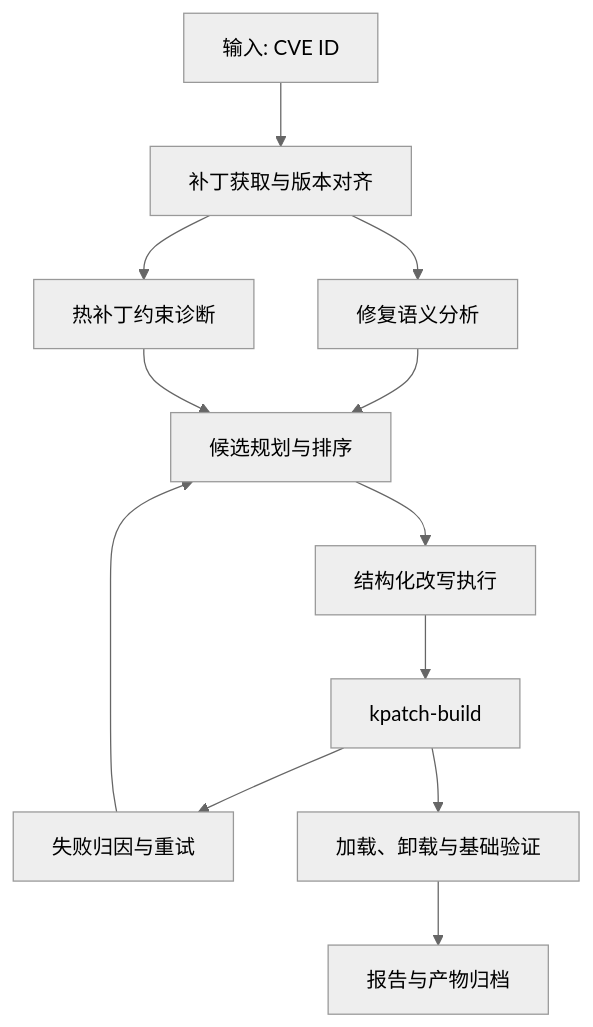
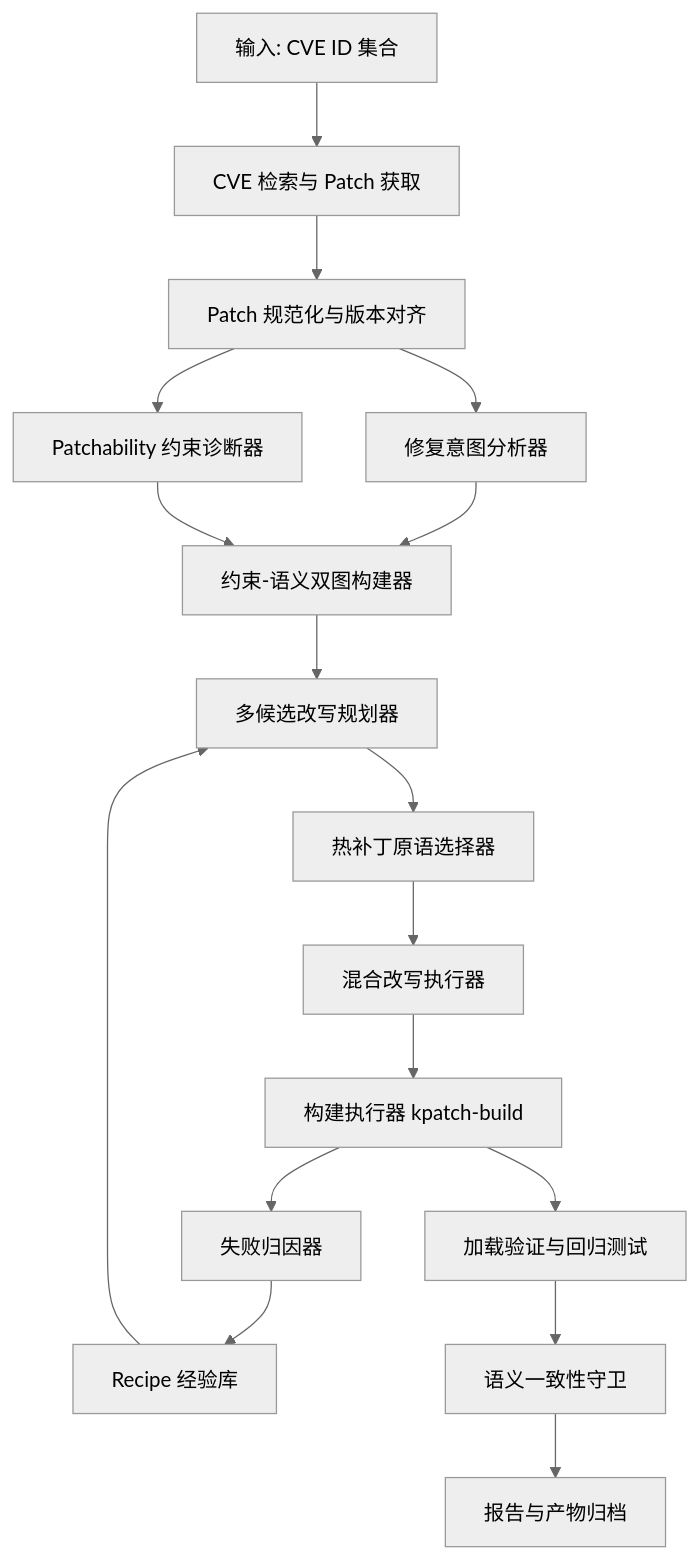
Before and after one commit to Sinfinal/PatchWeaver: the diagram in docs/PatchWeaver-总方案与创新设计总文档.md, drawn with Mermaid (neutral theme). The commit also changed other lines of this file and 1 other file, not shown here.

First line of the commit message:
docs(project): 更新 PatchWeaver 项目总方案与创新设计文档

````diff
--- a/docs/PatchWeaver-总方案与创新设计总文档.md
+++ b/docs/PatchWeaver-总方案与创新设计总文档.md
@@ -53,14 +367,19 @@
 ```mermaid
 flowchart TD
-    A["输入: CVE ID"] --> B["补丁获取与版本对齐"]
-    B --> C["修复语义分析"]
-    B --> D["热补丁约束诊断"]
-    C --> E["候选规划与排序"]
-    D --> E
-    E --> F["结构化改写执行"]
-    F --> G["kpatch-build"]
-    G --> H["失败归因与重试"]
-    H --> E
-    G --> I["加载、卸载与基础验证"]
-    I --> J["报告与产物归档"]
+    A["输入: CVE ID 集合"] --> B["CVE 检索与 Patch 获取"]
+    B --> C["Patch 规范化与版本对齐"]
+    C --> D["修复意图分析器"]
+    C --> E["Patchability 约束诊断器"]
+    D --> F["约束-语义双图构建器"]
+    E --> F
+    F --> G["多候选改写规划器"]
+    G --> H["热补丁原语选择器"]
+    H --> I["混合改写执行器"]
+    I --> J["构建执行器 kpatch-build"]
+    J --> K["失败归因器"]
+    K --> L["Recipe 经验库"]
+    L --> G
+    J --> M["加载验证与回归测试"]
+    M --> N["语义一致性守卫"]
+    N --> O["报告与产物归档"]
 ```
````
